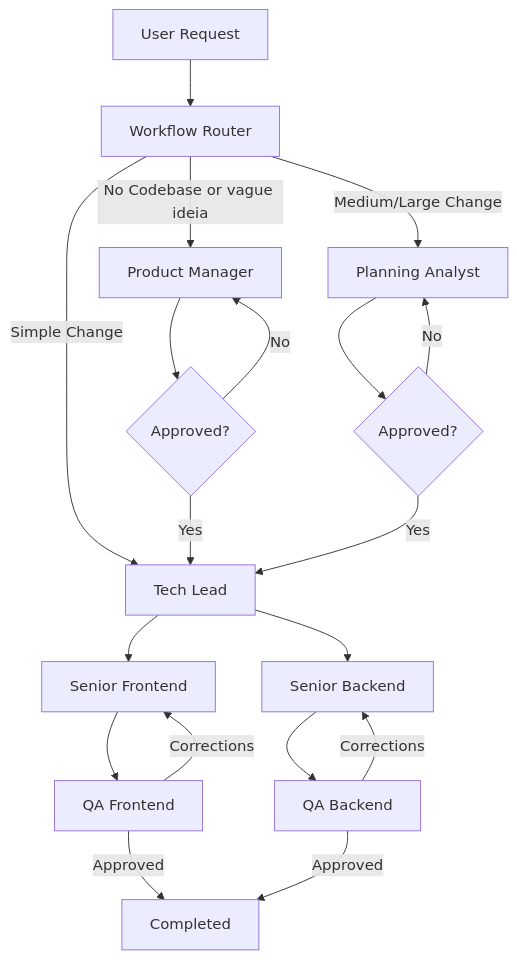
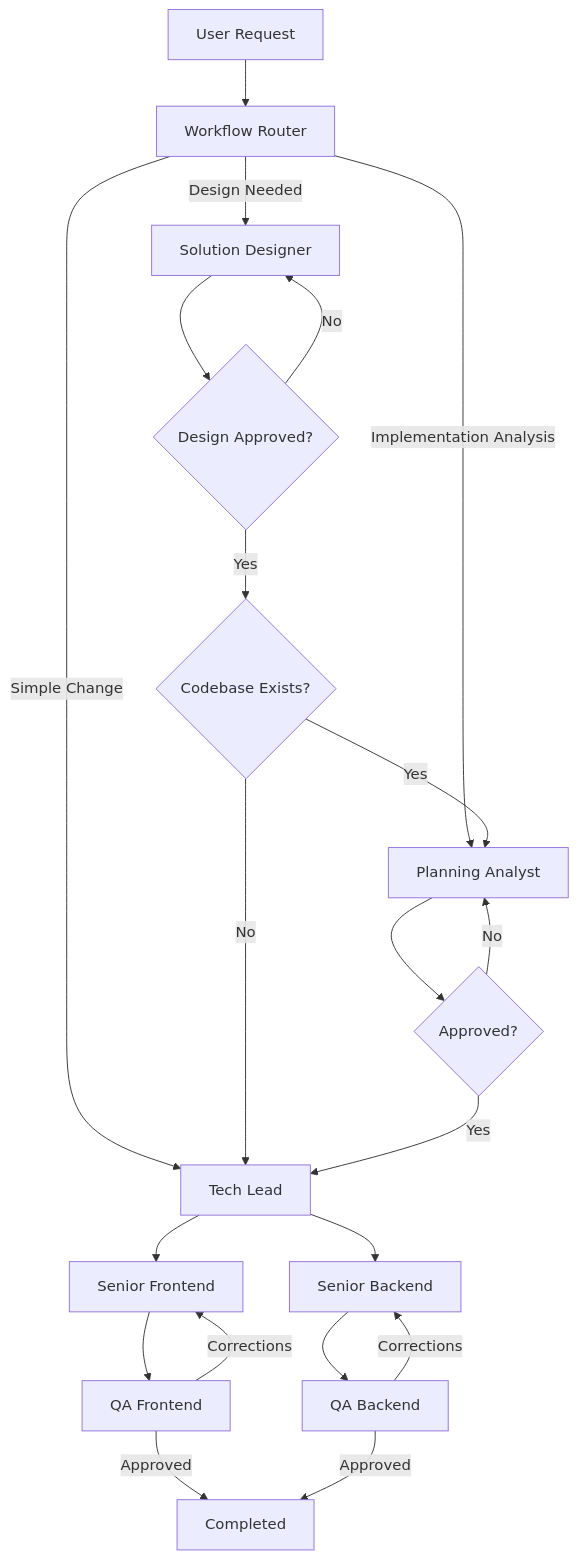
The diagram in .opencode/skills/delivery-pipeline/SKILL.md (Xounder/BrkRoutnXdle-app), drawn with Mermaid before and after one commit. The commit also changed other lines of this file and 34 other files, not shown here.

````diff
--- a/.opencode/skills/delivery-pipeline/SKILL.md
+++ b/.opencode/skills/delivery-pipeline/SKILL.md
@@ -140,32 +154,35 @@
 ```mermaid
 flowchart TD
 
 A[User Request]
 --> B[Workflow Router]
 
-B -->|No Codebase or vague ideia| PM[Product Manager]
-B -->|Medium/Large Change| PA[Planning Analyst]
+B -->|Design Needed| SD[Solution Designer]
+B -->|Implementation Analysis| PA[Planning Analyst]
 B -->|Simple Change| TL[Tech Lead]
 
-PM --> PM_APPROVAL{Approved?}
+SD --> SD_APPROVAL{Design Approved?}
 
-PM_APPROVAL -->|No| PM
-PM_APPROVAL -->|Yes| TL
+SD_APPROVAL -->|No| SD
+SD_APPROVAL -->|Yes| CB{Codebase Exists?}
+
+CB -->|Yes| PA
+CB -->|No| TL
 
 PA --> PA_APPROVAL{Approved?}
 
 PA_APPROVAL -->|No| PA
 PA_APPROVAL -->|Yes| TL
 
 TL --> FE[Senior Frontend]
 TL --> BE[Senior Backend]
 
 FE --> QAFE[QA Frontend]
 BE --> QABE[QA Backend]
 
 QAFE -->|Corrections| FE
 QABE -->|Corrections| BE
 
 QAFE -->|Approved| DONE[Completed]
 QABE -->|Approved| DONE
 ```
````
